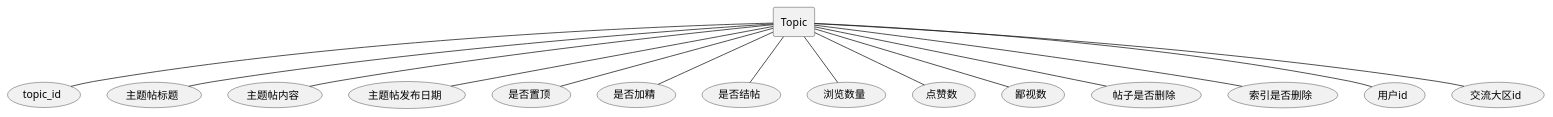
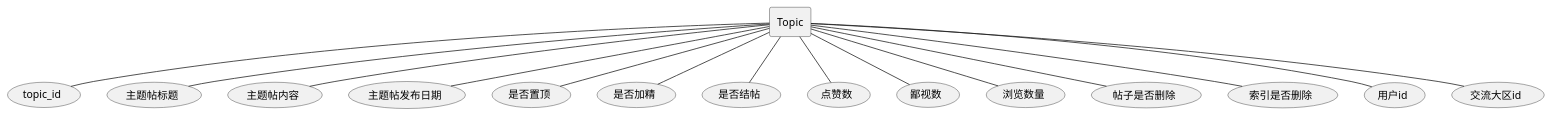
One commit to xiaokangxxs/notebook changed diagram 20 of 31 in docs/UML/plantuml.md. Above: the diagram before and after it, drawn with PlantUML. The commit also changed other lines of this file and 9 other files, not shown here.

Commit message:
add sqoop and update uml

````diff
--- a/docs/UML/plantuml.md
+++ b/docs/UML/plantuml.md
@@ -396,19 +394,19 @@
 ```plantuml
 @startuml
 rectangle Topic
 Topic -- (topic_id)
 Topic -- (主题帖标题)
 Topic -- (主题帖内容)
 Topic -- (主题帖发布日期)
 Topic -- (是否置顶)
 Topic -- (是否加精)
 Topic -- (是否结帖)
-Topic -- (浏览数量)
 Topic -- (点赞数)
 Topic -- (鄙视数)
+Topic -- (浏览数量)
 Topic -- (帖子是否删除)
 Topic -- (索引是否删除)
 Topic -- (用户id)
 Topic -- (交流大区id)
 @enduml
 ```
````
